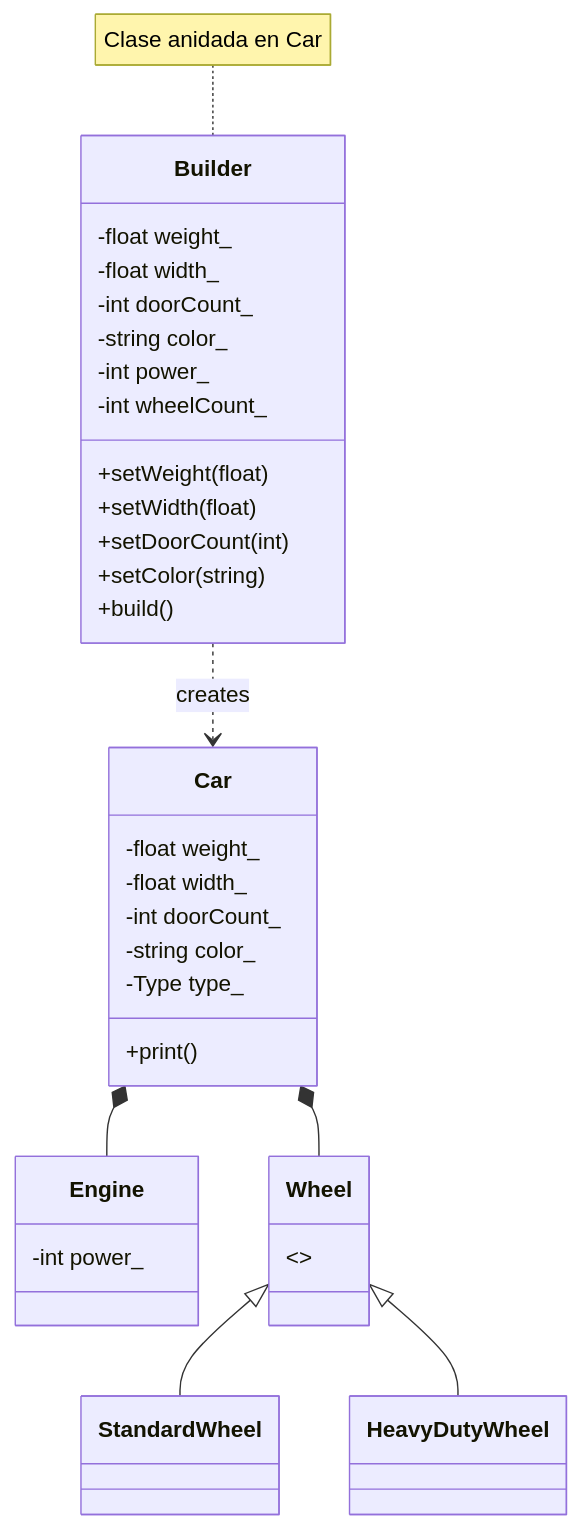
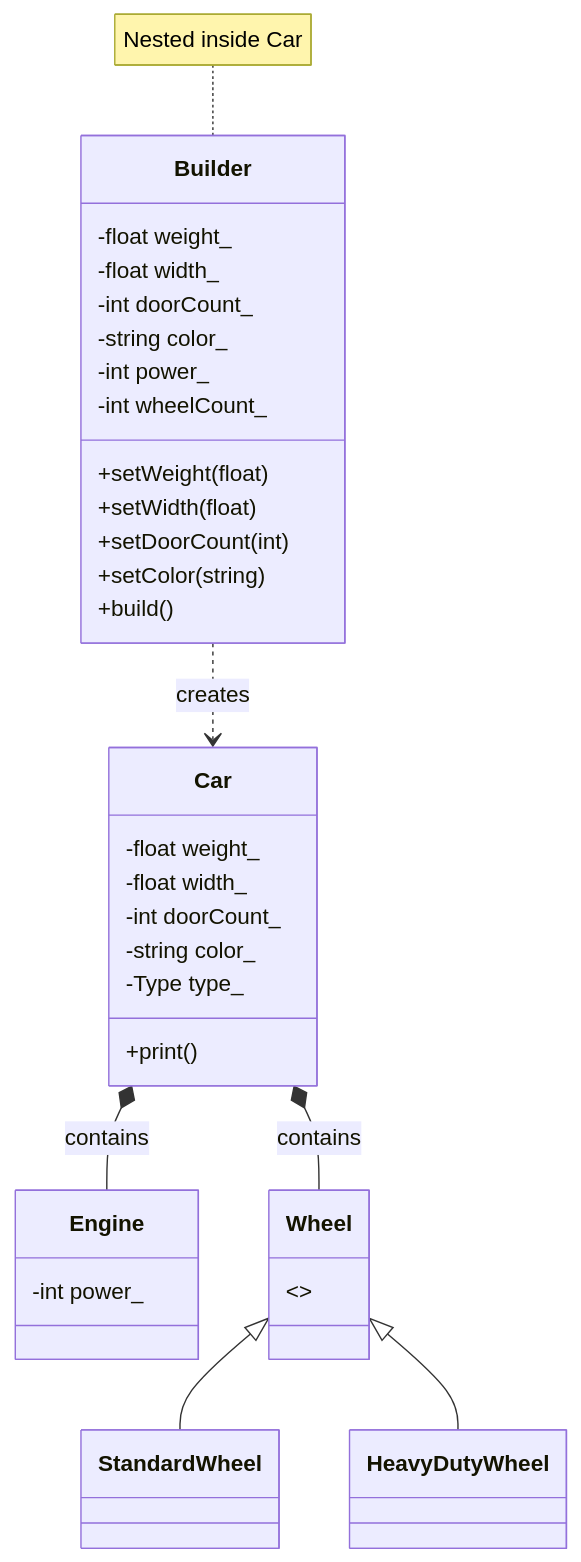
The diagram in 01_Builder/Dynamic_example/diagram.md (Cichlidfishexigency721/Modern-CPP-Design-Patterns), drawn with Mermaid before and after one commit.

````diff
--- a/01_Builder/Dynamic_example/diagram.md
+++ b/01_Builder/Dynamic_example/diagram.md
@@ -1,38 +1,38 @@
 ```mermaid
 classDiagram
 class Engine {
 -int power_
 }
 class Wheel {
 <>
 }
 class StandardWheel
 class HeavyDutyWheel
 class Car {
 -float weight_
 -float width_
 -int doorCount_
 -string color_
 -Type type_
 +print()
 }
 class Builder {
 -float weight_
 -float width_
 -int doorCount_
 -string color_
 -int power_
 -int wheelCount_
 +setWeight(float)
 +setWidth(float)
 +setDoorCount(int)
 +setColor(string)
 +build()
 }
 Wheel <|-- StandardWheel
 Wheel <|-- HeavyDutyWheel
-Car *-- Engine
-Car *-- Wheel
+Car *-- Engine : contains
+Car *-- Wheel : contains
 Builder ..> Car : creates
-note for Builder "Clase anidada en Car"
+note for Builder "Nested inside Car"
 ```
````
